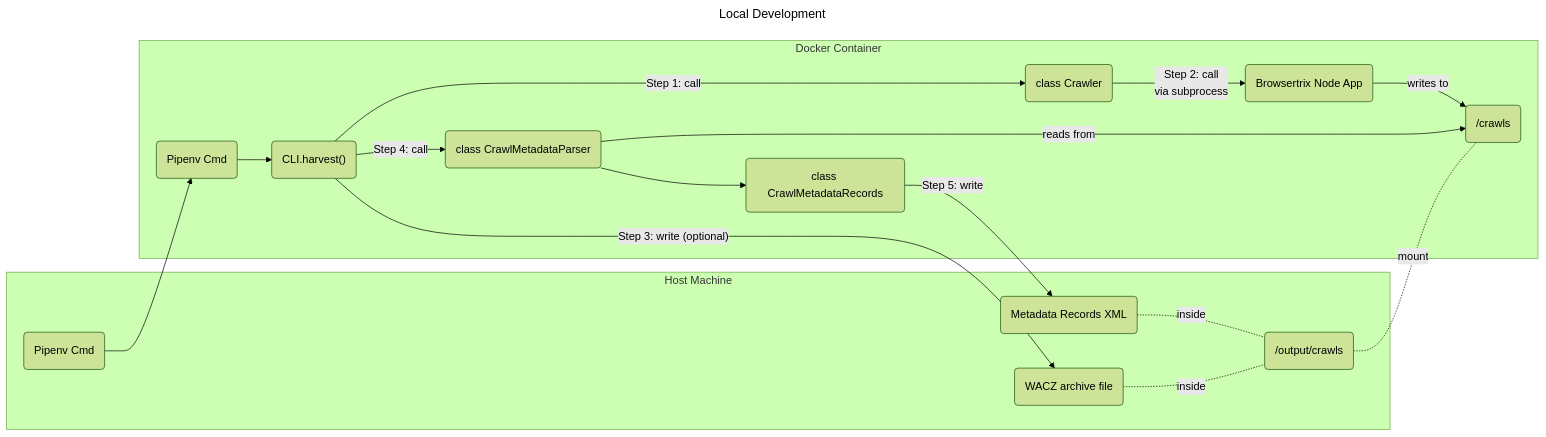
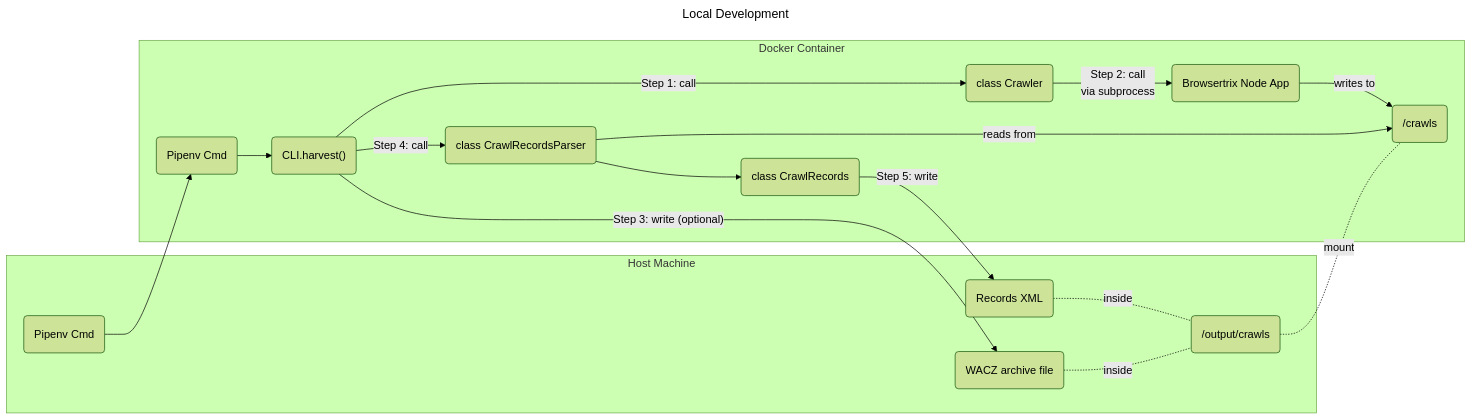
The second of 3 diagrams in docs/architecture.md (MITLibraries/browsertrix-harvester), drawn with Mermaid (forest theme) before and after one commit. The commit also changed other lines of this file and 15 other files, not shown here.

First line of the commit message:
Rework harvester to return "records" vs "metadata records"

````diff
--- a/docs/architecture.md
+++ b/docs/architecture.md
@@ -66,51 +66,51 @@
 ```mermaid
 ---
 title: Local Development
 ---
 flowchart LR
     
     %% host machine
     pipenv_cmd("Pipenv Cmd")
     output_folder("/output/crawls")
     
     %% docker container
     pipenv_cmd_container("Pipenv Cmd")
     cli_harvest("CLI.harvest()")
     crawler("class Crawler")
-    parser("class CrawlMetadataParser")
-    metadata("class CrawlMetadataRecords")
+    parser("class CrawlRecordsParser")
+    records("class CrawlRecords")
     crawls_folder("/crawls")
     btrix("Browsertrix Node App")
     
     %% anywhere
     output_wacz("WACZ archive file")
-    output_metadata("Metadata Records XML")
+    output_records("Records XML")
     
     pipenv_cmd --> pipenv_cmd_container
     output_folder -. mount .- crawls_folder
     
     subgraph Host Machine
         pipenv_cmd
         output_folder
         output_wacz
-        output_metadata
-        
+        output_records
+
         output_wacz -. inside .- output_folder
-        output_metadata -. inside .- output_folder
+        output_records -. inside .- output_folder
     end
     
     subgraph Docker Container 
         btrix
         crawls_folder
         pipenv_cmd_container --> cli_harvest
         cli_harvest -->|Step 1: call| crawler
         crawler -->|Step 2: call\nvia subprocess| btrix        
         btrix -->|writes to| crawls_folder
         cli_harvest -->|Step 4: call| parser
         parser -->|reads from| crawls_folder
-        parser --> metadata
+        parser --> records
     end
     
     cli_harvest -->|"Step 3: write (optional)"| output_wacz
-    metadata -->|Step 5: write| output_metadata    
+    records -->|Step 5: write| output_records    
 ```
````
